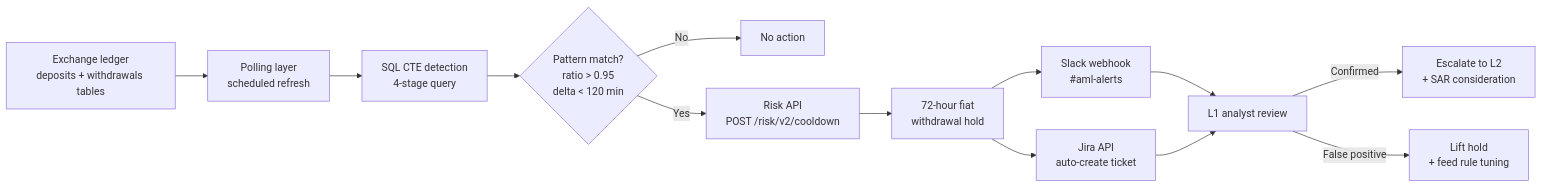
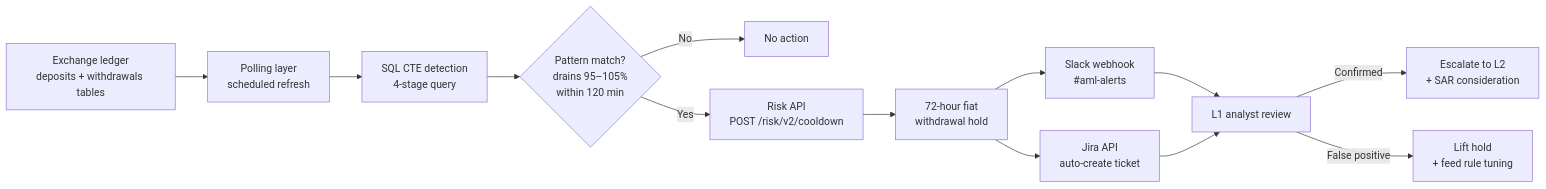
One commit to DTNEVERLAND/sentinel-aml-detection changed the diagram in docs/architecture.md. Above: the diagram before and after it, drawn with Mermaid. The commit also changed other lines of this file and 5 other files, not shown here.

````diff
--- a/docs/architecture.md
+++ b/docs/architecture.md
@@ -7,15 +7,15 @@
 ```mermaid
 flowchart LR
     A[Exchange ledger<br/>deposits + withdrawals tables] --> B[Polling layer<br/>scheduled refresh]
     B --> C[SQL CTE detection<br/>4-stage query]
-    C --> D{Pattern match?<br/>ratio > 0.95<br/>delta < 120 min}
+    C --> D{Pattern match?<br/>drains 95–105%<br/>within 120 min}
     D -->|No| E[No action]
     D -->|Yes| F[Risk API<br/>POST /risk/v2/cooldown]
     F --> G[72-hour fiat<br/>withdrawal hold]
     G --> H1[Slack webhook<br/>#aml-alerts]
     G --> H2[Jira API<br/>auto-create ticket]
     H1 --> I[L1 analyst review]
     H2 --> I
     I -->|Confirmed| J1[Escalate to L2<br/>+ SAR consideration]
     I -->|False positive| J2[Lift hold<br/>+ feed rule tuning]
 ```
````
